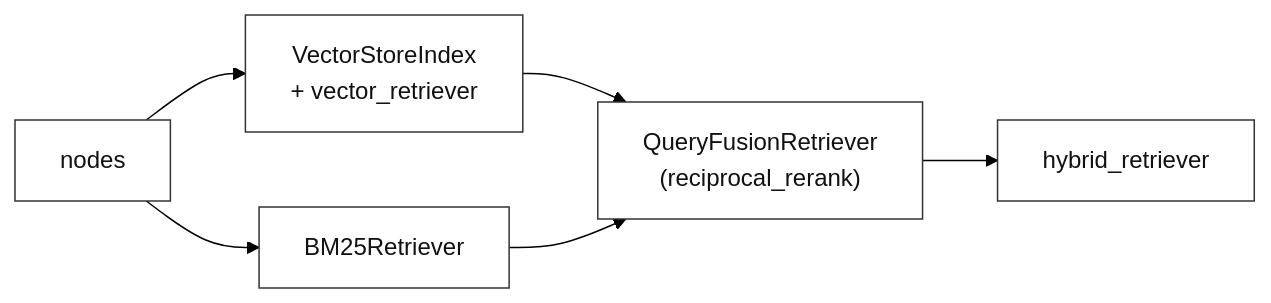
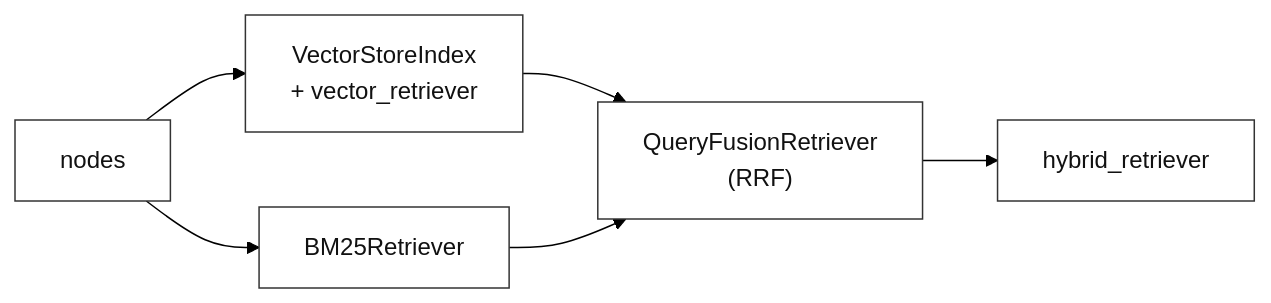
Before and after one commit to CogKnowEdge-Solutions/Context-Memory-Layer: the third of 3 diagrams in RAG-Labs/section-2-retrieval-variations/lab-02-hybrid-rag/lab.md, drawn with Mermaid (forest theme). The commit also changed other lines of this file and 80 other files, not shown here.

````diff
--- a/RAG-Labs/section-2-retrieval-variations/lab-02-hybrid-rag/lab.md
+++ b/RAG-Labs/section-2-retrieval-variations/lab-02-hybrid-rag/lab.md
@@ -665,11 +368,11 @@
 ```mermaid
 flowchart LR
     N["nodes"] --> V["VectorStoreIndex<br/>+ vector_retriever"]
     N --> B["BM25Retriever"]
-    V --> Fu["QueryFusionRetriever<br/>(reciprocal_rerank)"]
+    V --> Fu["QueryFusionRetriever<br/>(RRF)"]
     B --> Fu
     Fu --> HR["hybrid_retriever"]
 
     classDef defaultStyle fill:#ffffff,stroke:#333333,stroke-width:1px,color:#111111
     class N,V,B,Fu,HR defaultStyle
 ```
````
